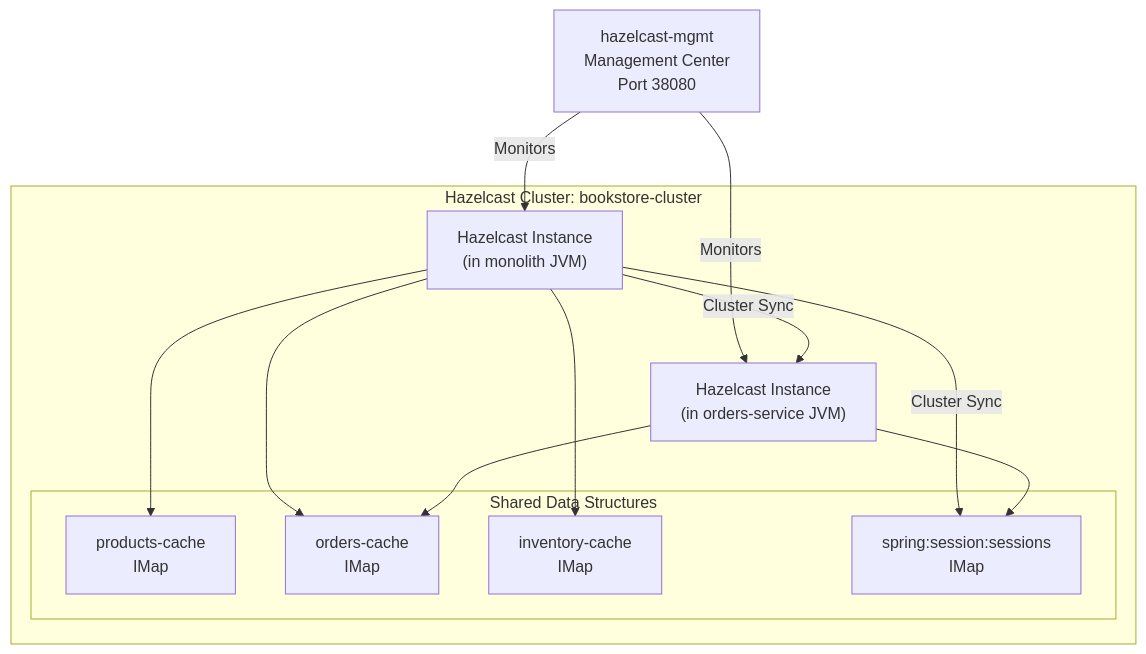
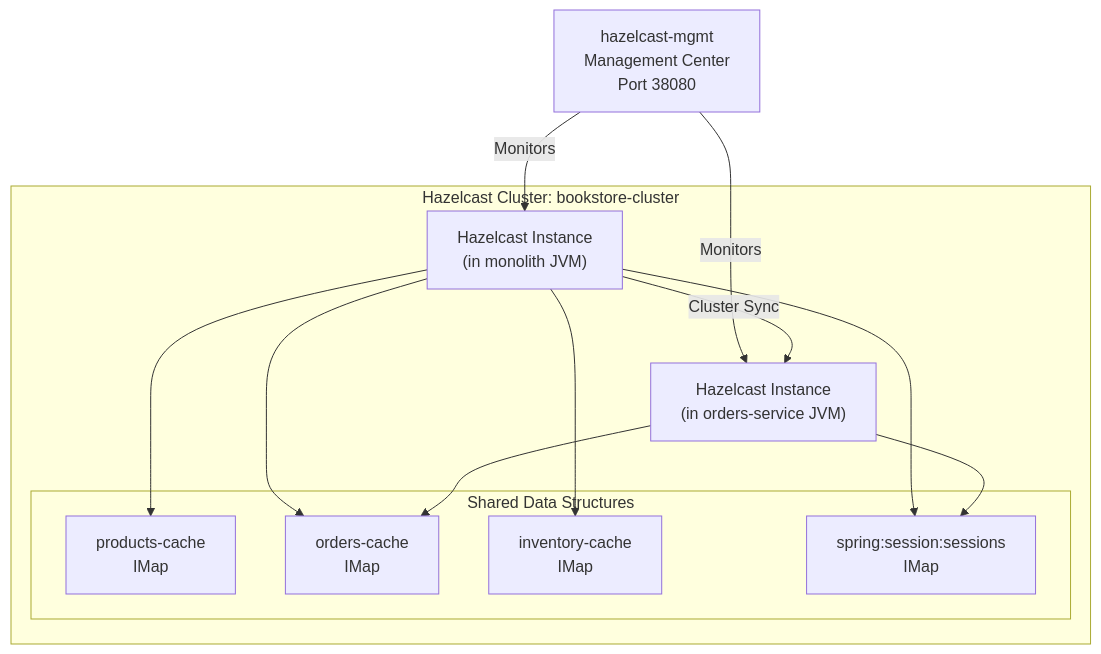
Before and after one commit to philipz/spring-modular-monolith: the fourth of 7 diagrams in docs/deepwiki/Deployment-and-Infrastructure.md, drawn with Mermaid. The commit also changed 32 other files, not shown here.

````diff
--- a/docs/deepwiki/Deployment-and-Infrastructure.md
+++ b/docs/deepwiki/Deployment-and-Infrastructure.md
@@ -439,33 +439,33 @@
 ```mermaid
 flowchart TD
 
 monolithHz["Hazelcast Instance<br>(in monolith JVM)"]
 ordersHz["Hazelcast Instance<br>(in orders-service JVM)"]
 productCache["products-cache<br>IMap"]
 orderCache["orders-cache<br>IMap"]
 inventoryCache["inventory-cache<br>IMap"]
 sessionCache["spring:session:sessions<br>IMap"]
 hazelcastMgmt["hazelcast-mgmt<br>Management Center<br>Port 38080"]
 
 hazelcastMgmt -->|"Monitors"| monolithHz
 hazelcastMgmt -->|"Monitors"| ordersHz
 
 subgraph subGraph1 ["Hazelcast Cluster: bookstore-cluster"]
     monolithHz
     ordersHz
     monolithHz -->|"Cluster Sync"| ordersHz
     monolithHz --> productCache
     monolithHz --> orderCache
     monolithHz --> inventoryCache
-    monolithHz -->|"Cluster Sync"| sessionCache
+    monolithHz --> sessionCache
     ordersHz --> orderCache
     ordersHz --> sessionCache
 
 subgraph subGraph0 ["Shared Data Structures"]
     productCache
     orderCache
     inventoryCache
     sessionCache
 end
 end
 ```
````
